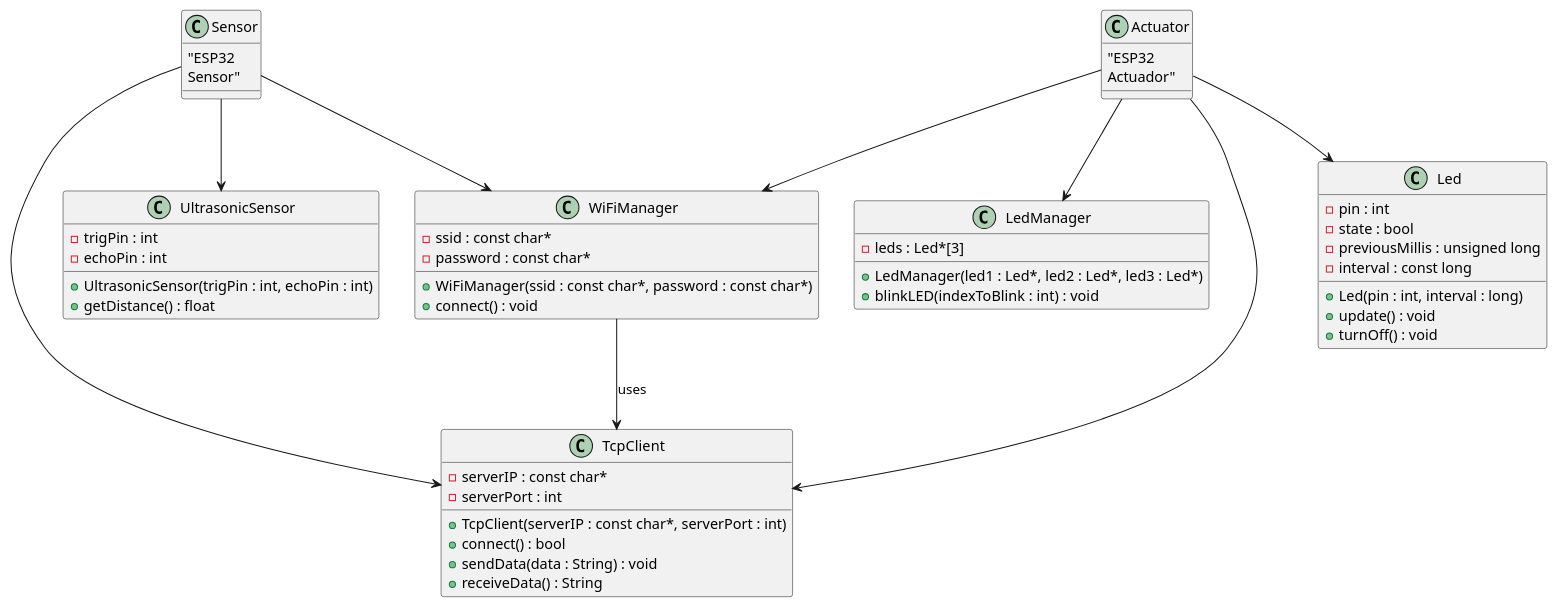
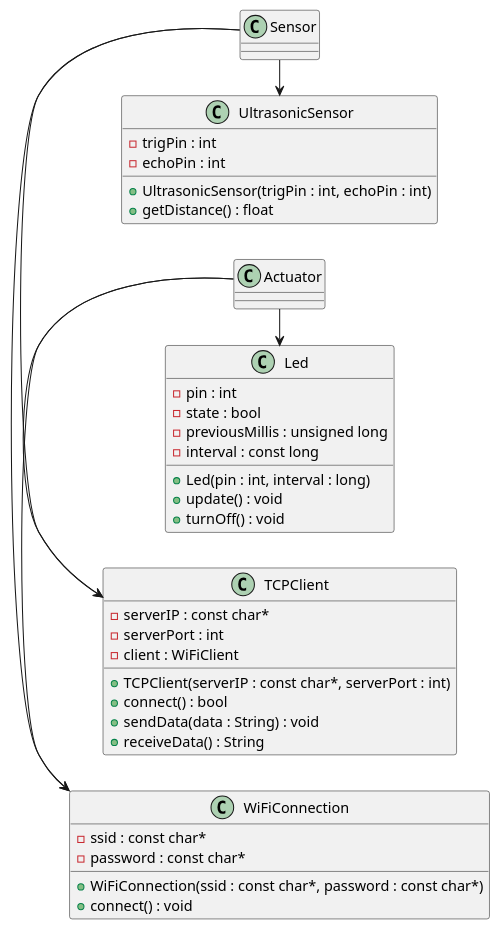
The diagram in Diagrams/class.puml (Ichurri/sensor-actuator-iot), drawn with PlantUML before and after one commit. The commit also changed 3 other files, not shown here.

Commit message:
remove LedManager, change WifiManager

```diff
--- a/Diagrams/class.puml
+++ b/Diagrams/class.puml
@@ -1,56 +1,46 @@
 @startuml
+left to right direction
 
-class WiFiManager {
+class WiFiConnection {
   -ssid : const char*
   -password : const char*
-  +WiFiManager(ssid : const char*, password : const char*)
+  +WiFiConnection(ssid : const char*, password : const char*)
   +connect() : void
 }
 
-class TcpClient {
+class TCPClient {
   -serverIP : const char*
   -serverPort : int
-  +TcpClient(serverIP : const char*, serverPort : int)
+  -client : WiFiClient
+  +TCPClient(serverIP : const char*, serverPort : int)
   +connect() : bool
   +sendData(data : String) : void
   +receiveData() : String
 }
 
 class UltrasonicSensor {
   -trigPin : int
   -echoPin : int
   +UltrasonicSensor(trigPin : int, echoPin : int)
   +getDistance() : float
 }
 
 class Led {
   -pin : int
   -state : bool
   -previousMillis : unsigned long
   -interval : const long
   +Led(pin : int, interval : long)
   +update() : void
   +turnOff() : void
 }
 
-class LedManager {
-  -leds : Led*[3]
-  +LedManager(led1 : Led*, led2 : Led*, led3 : Led*)
-  +blinkLED(indexToBlink : int) : void
-}
+Sensor -> UltrasonicSensor
+Sensor -> WiFiConnection
+Sensor -> TCPClient
 
-WiFiManager --> TcpClient : uses
-
-Sensor : "ESP32\nSensor"
-Actuator : "ESP32\nActuador"
-
-Sensor --> UltrasonicSensor
-Sensor --> WiFiManager
-Sensor --> TcpClient
-
-Actuator --> Led
-Actuator --> LedManager
-Actuator --> WiFiManager
-Actuator --> TcpClient
+Actuator -> Led
+Actuator -> WiFiConnection
+Actuator -> TCPClient
 
 @enduml
```
